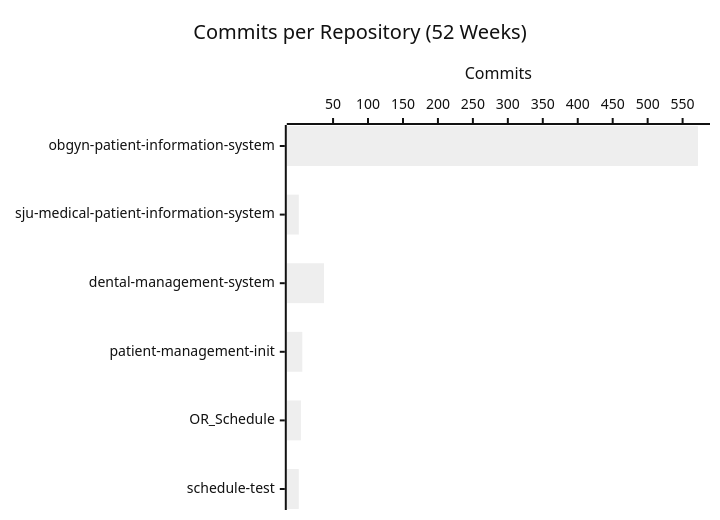
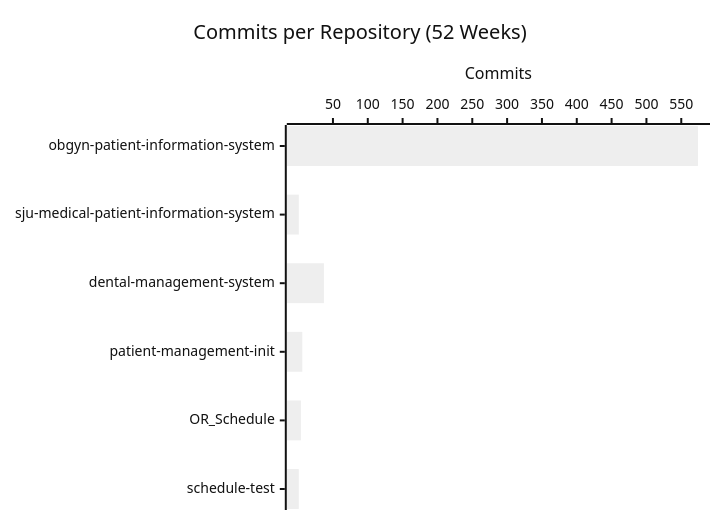
The second of 4 diagrams in profile/README.md (CSTH-Projects/.github), drawn with Mermaid (neutral theme) before and after one commit. The commit also changed other lines of this file, not shown here.

````diff
--- a/profile/README.md
+++ b/profile/README.md
@@ -24,7 +24,7 @@
 ```mermaid
 xychart-beta horizontal
     title "Commits per Repository (52 Weeks)"
     x-axis ["obgyn-patient-information-system", "sju-medical-patient-information-system", "dental-management-system", "patient-management-init", "OR_Schedule", "schedule-test"]
     y-axis "Commits"
-    bar [572, 1, 37, 6, 4, 1]
+    bar [574, 1, 37, 6, 4, 1]
 ```
````
